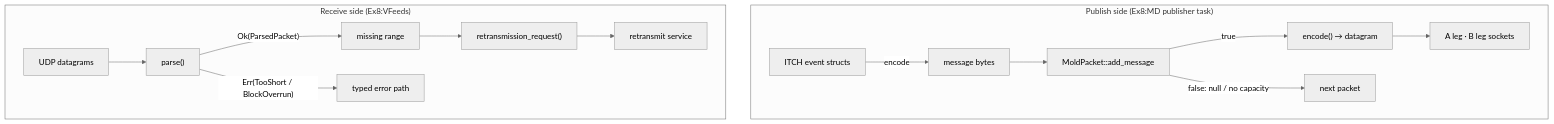
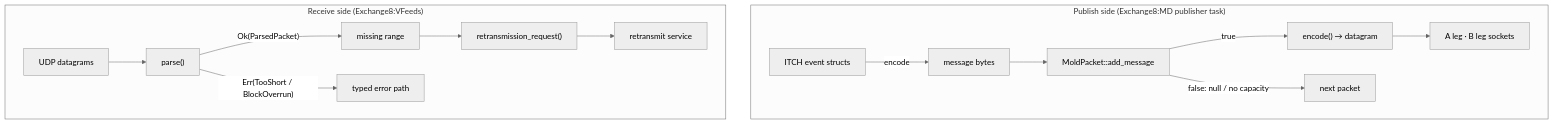
One commit to Exchange8-dev/exchange8-sdk changed the fifth of 8 diagrams in crates/mold/DESIGN.md. Above: the diagram before and after it, drawn with Mermaid (neutral theme). The commit also changed other lines of this file and 29 other files, not shown here.

````diff
--- a/crates/mold/DESIGN.md
+++ b/crates/mold/DESIGN.md
@@ -207,17 +207,17 @@
 ```mermaid
 graph TD
-    subgraph PUBSIDE["Publish side (Ex8:MD publisher task)"]
+    subgraph PUBSIDE["Publish side (Exchange8:MD publisher task)"]
         EV["ITCH event structs"] -->|"encode"| BYTES["message bytes"]
         BYTES --> ADD["MoldPacket::add_message"]
         ADD -->|"true"| ENC["encode() → datagram"]
         ADD -->|"false: null / no capacity"| SKIP["next packet"]
         ENC --> ALEG["A leg · B leg sockets"]
     end
-    subgraph RXSIDE["Receive side (Ex8:VFeeds)"]
+    subgraph RXSIDE["Receive side (Exchange8:VFeeds)"]
         SOCK["UDP datagrams"] --> PARSE["parse()"]
         PARSE -->|"Ok(ParsedPacket)"| GAP["sequence gap check"]
         PARSE -->|"Err(TooShort / BlockOverrun)"| ALERT["typed error path"]
         GAP["missing range"] --> REQ["retransmission_request()"]
         REQ --> RETX["retransmit service"]
     end
 ```
````
